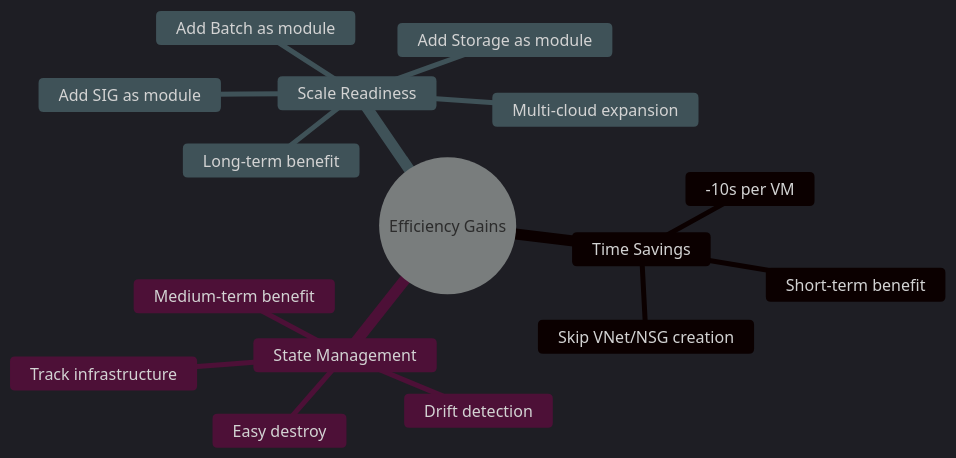
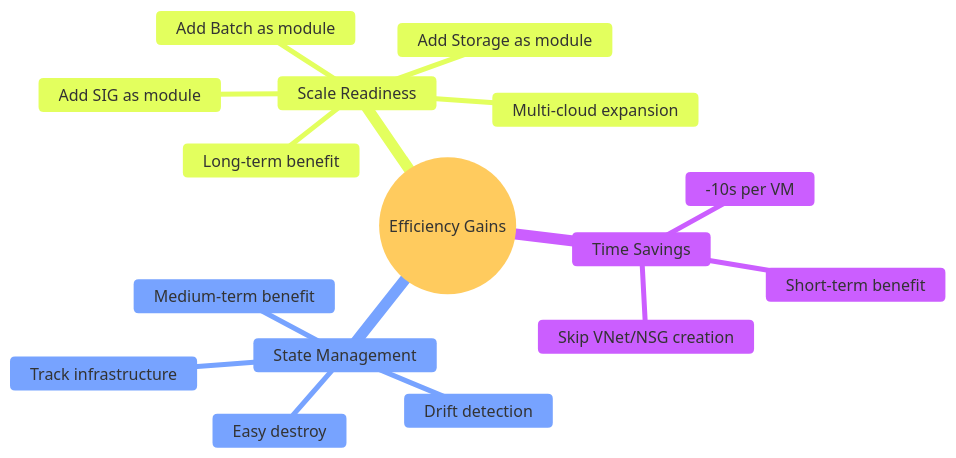
Before and after one commit to JindoKimKor/Self-Binnacle: the fourth of 5 diagrams in Voyages/Projects/unity-ci-enabler/resources/terraform-migration-analysis.md, drawn with Mermaid.

Commit message:
style(unity-ci-enabler): Use base theme for mindmap

````diff
--- a/Voyages/Projects/unity-ci-enabler/resources/terraform-migration-analysis.md
+++ b/Voyages/Projects/unity-ci-enabler/resources/terraform-migration-analysis.md
@@ -112,20 +112,20 @@
 ```mermaid
-%%{init: {'theme': 'dark'}}%%
+%%{init: {'theme': 'base'}}%%
 mindmap
   root((Efficiency Gains))
     Time Savings
       -10s per VM
       Skip VNet/NSG creation
       Short-term benefit
     State Management
       Track infrastructure
       Drift detection
       Easy destroy
       Medium-term benefit
     Scale Readiness
       Add Batch as module
       Add SIG as module
       Add Storage as module
       Multi-cloud expansion
       Long-term benefit
 ```
````
